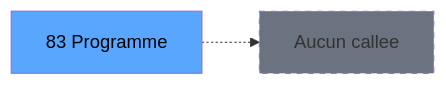
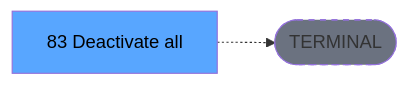
One commit to thonyAGP/lecteur-magic changed the third of 3 diagrams in .openspec/renders/ADH-IDE-83.md. Above: the diagram before and after it, drawn with Mermaid. The commit also changed other lines of this file and 701 other files, not shown here.

````diff
--- a/.openspec/renders/ADH-IDE-83.md
+++ b/.openspec/renders/ADH-IDE-83.md
@@ -143,8 +134,8 @@
 ```mermaid
 graph LR
-    T[83 Programme]
-    NONE[Aucun callee]
-    T -.-> NONE
+    T[83 Deactivate all ]
+    TERM([TERMINAL])
+    T -.-> TERM
+    style TERM fill:#6b7280,stroke-dasharray: 5 5
     style T fill:#58a6ff,color:#000
-    style NONE fill:#6b7280,stroke-dasharray: 5 5
 ```
````
